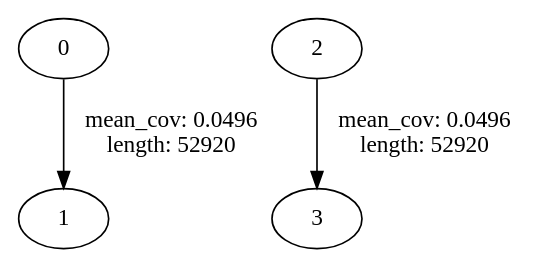
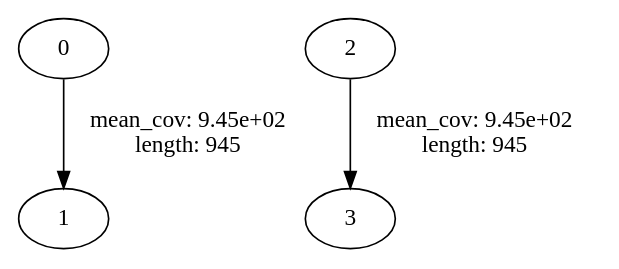
Before and after one commit to isheshukov/bioinf-ngs-course: the diagram in hw5/data/test2.dot, drawn with Graphviz. The commit also changed 55 other files, not shown here.

Commit message:
upd debrujin graphs

```diff
--- a/hw5/data/test2.dot
+++ b/hw5/data/test2.dot
@@ -1,14 +1,10 @@
-digraph "" {
-	0 -> 1 [key=0,
-	label="mean_cov: 0.0496
- length: 52920",
-	length=52920,
-	mean_cov=0.04963492603942042,
-	seq="['']"];
-2 -> 3 [key=0,
-label="mean_cov: 0.0496
- length: 52920",
-length=52920,
-mean_cov=0.04963492603942042,
-seq="['']"];
+strict digraph "" {
+	0 -> 1	 [label="mean_cov: 9.45e+02
+ length: 945",
+		length=945,
+		mean_cov=1.0];
+	2 -> 3	 [label="mean_cov: 9.45e+02
+ length: 945",
+		length=945,
+		mean_cov=1.0];
 }
```
